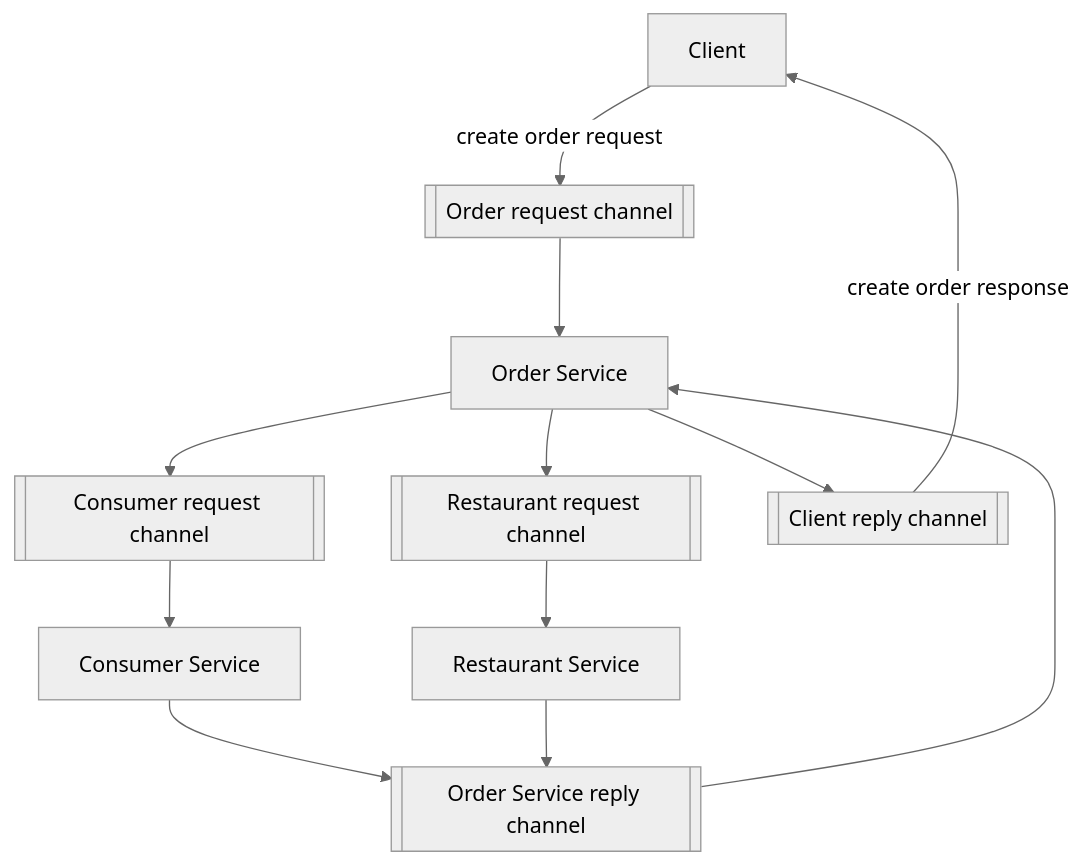
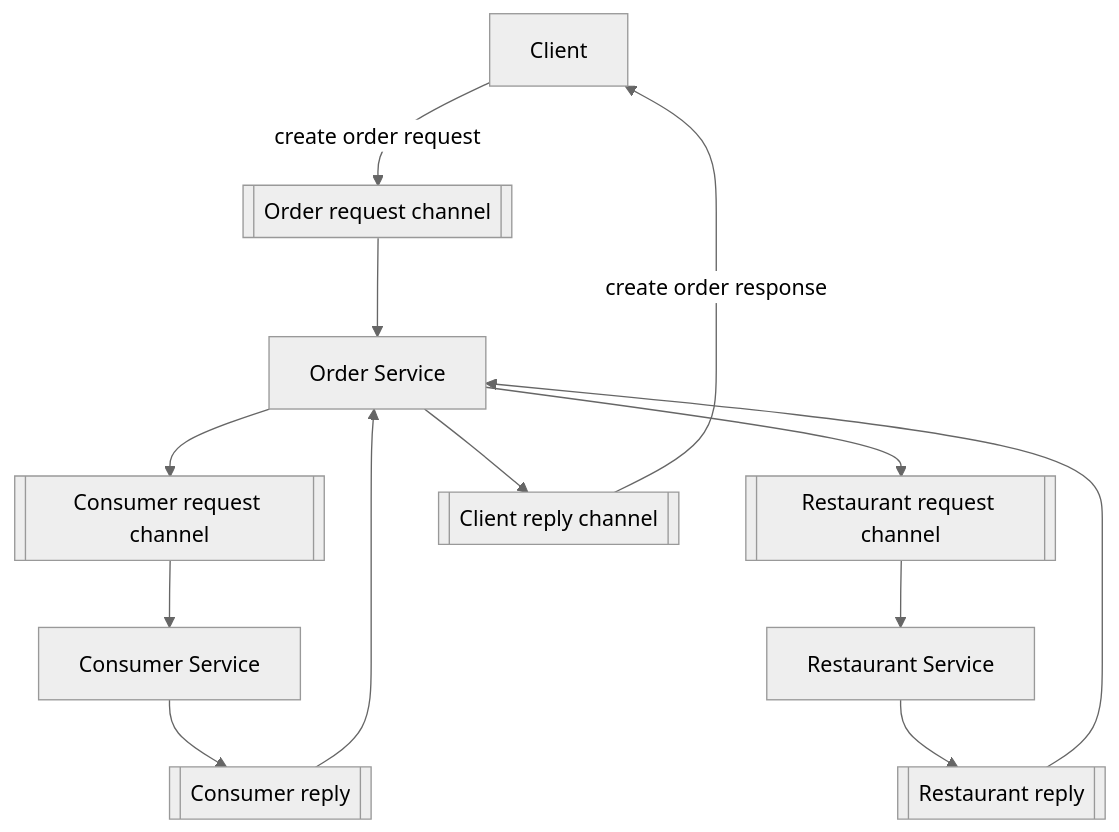
The third of 14 diagrams in 2026-2027-Sem1/AIMLCZG549-APIDrivenCloudNativeSolutions/notes/S01-api-basics.md (sanjaykumarpushadapu/MTech), drawn with Mermaid (neutral theme) before and after one commit. The commit also changed other lines of this file and 3 other files, not shown here.

Commit message:
fixs mermaid

````diff
--- a/2026-2027-Sem1/AIMLCZG549-APIDrivenCloudNativeSolutions/notes/S01-api-basics.md
+++ b/2026-2027-Sem1/AIMLCZG549-APIDrivenCloudNativeSolutions/notes/S01-api-basics.md
@@ -93,14 +93,15 @@
 ```mermaid
 flowchart TD
     C[Client] -->|create order request| ORC[[Order request channel]]
     ORC --> OS[Order Service]
     OS --> CRC[[Consumer request channel]]
     CRC --> CS[Consumer Service]
     OS --> RRC[[Restaurant request channel]]
     RRC --> RS[Restaurant Service]
-    CS --> OSR[[Order Service reply channel]]
-    RS --> OSR
-    OSR --> OS
+    CS --> CSR[[Consumer reply]]
+    RS --> RSR[[Restaurant reply]]
+    CSR --> OS
+    RSR --> OS
     OS --> CRP[[Client reply channel]]
     CRP -->|create order response| C
 ```
````
